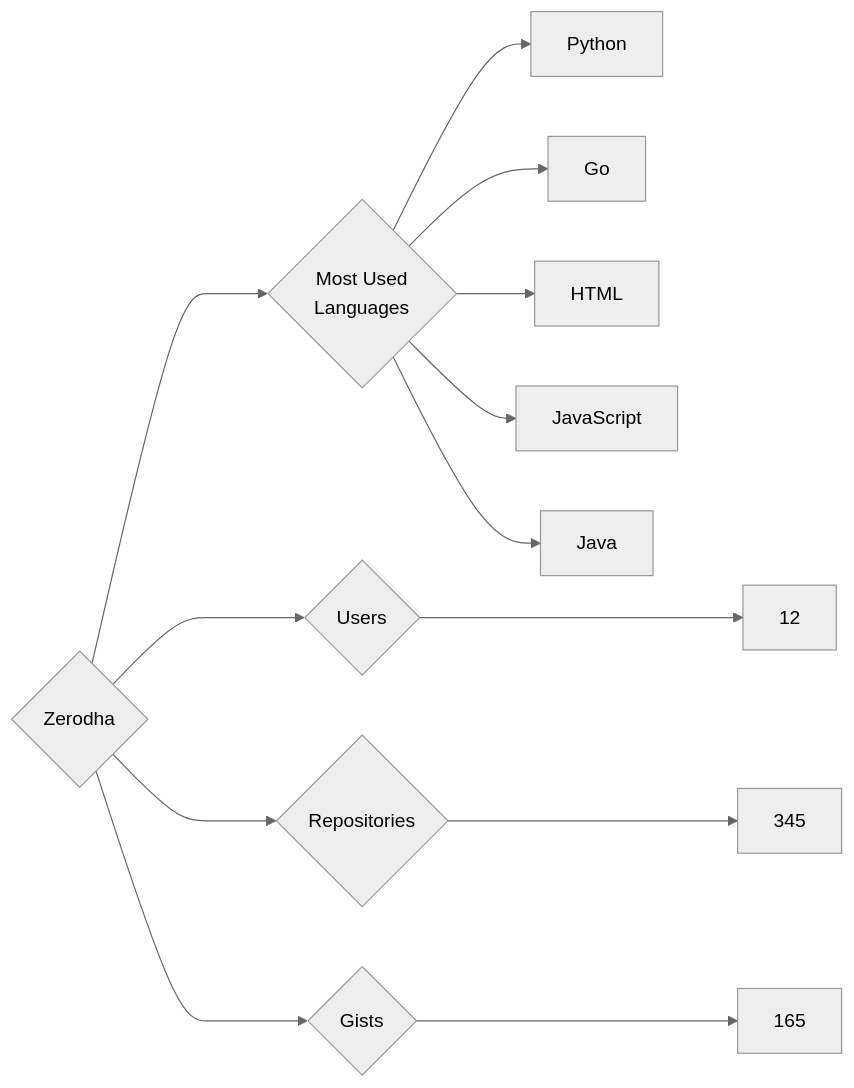
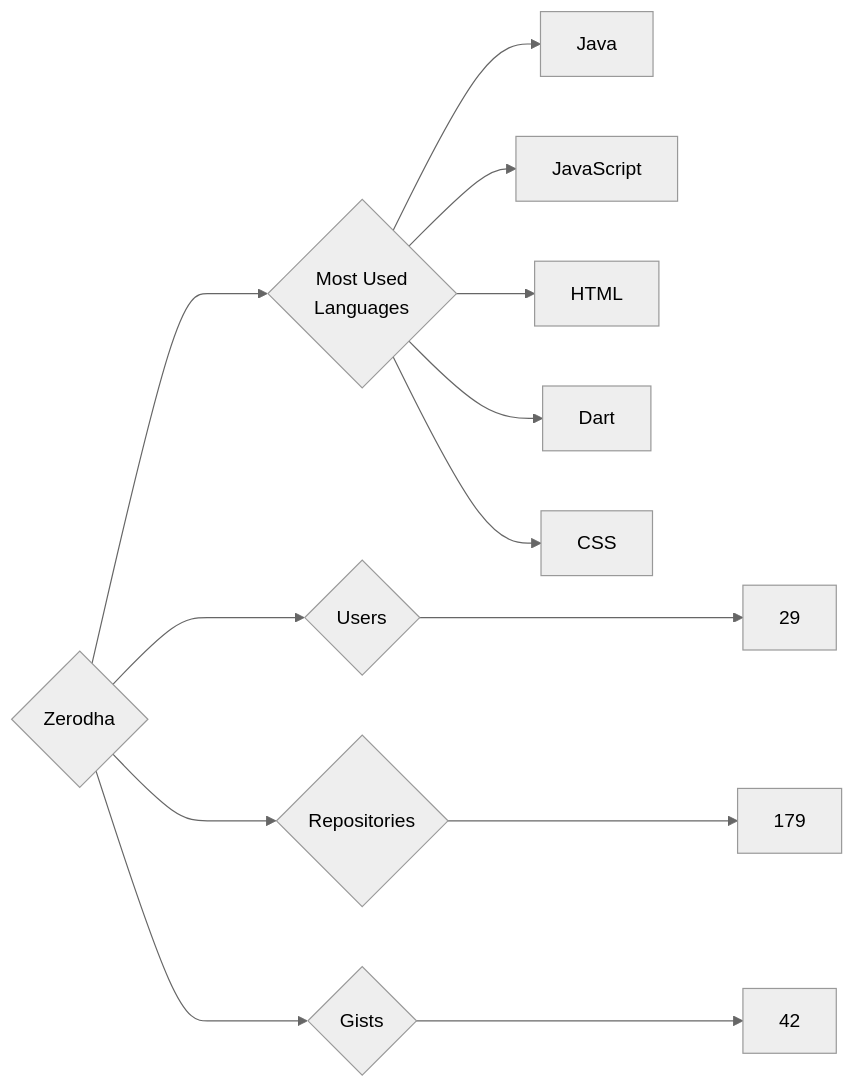
The diagram in targets/Zerodha/README.md (trickest/insiders), drawn with Mermaid (neutral theme) before and after one commit. The commit also changed 695 other files, not shown here.

````diff
--- a/targets/Zerodha/README.md
+++ b/targets/Zerodha/README.md
@@ -3,13 +3,13 @@
 ```mermaid
 graph LR
 COMPANY_NAME{Zerodha}
-COMPANY_NAME ---> U{Users} ---> UN[12]
-COMPANY_NAME ---> R{Repositories} ---> RN[345]
-COMPANY_NAME ---> G{Gists} ---> GN[165]
+COMPANY_NAME ---> U{Users} ---> UN[29]
+COMPANY_NAME ---> R{Repositories} ---> RN[179]
+COMPANY_NAME ---> G{Gists} ---> GN[42]
 COMPANY_NAME ---> ML{Most Used<br>Languages}
-ML --> Python[Python]
-ML --> Go[Go]
+ML --> Java[Java]
+ML --> JavaScript[JavaScript]
 ML --> HTML[HTML]
-ML --> JavaScript[JavaScript]
-ML --> Java[Java]
+ML --> Dart[Dart]
+ML --> CSS[CSS]
 ```
````
